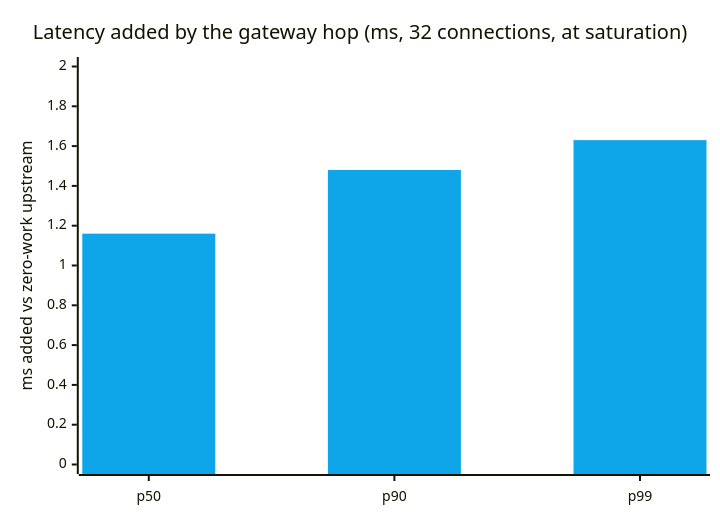
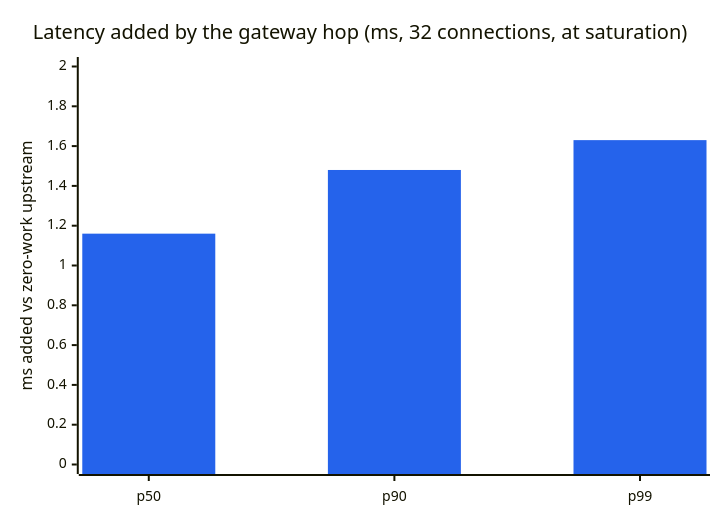
The second of 2 diagrams in README.md (routeplane-core/routeplane-ce), drawn with Mermaid before and after one commit. The commit also changed other lines of this file, not shown here.

Commit message:
chore: align badge and chart colors with the navy brand palette (#32)

````diff
--- a/README.md
+++ b/README.md
@@ -393,8 +393,8 @@
 ```mermaid
-%%{init: {"theme": "base", "themeVariables": {"xyChart": {"plotColorPalette": "#0EA5E9"}}}}%%
+%%{init: {"theme": "base", "themeVariables": {"xyChart": {"plotColorPalette": "#2563EB"}}}}%%
 xychart-beta
     title "Latency added by the gateway hop (ms, 32 connections, at saturation)"
     x-axis ["p50", "p90", "p99"]
     y-axis "ms added vs zero-work upstream" 0 --> 2
     bar [1.16, 1.48, 1.63]
 ```
````
